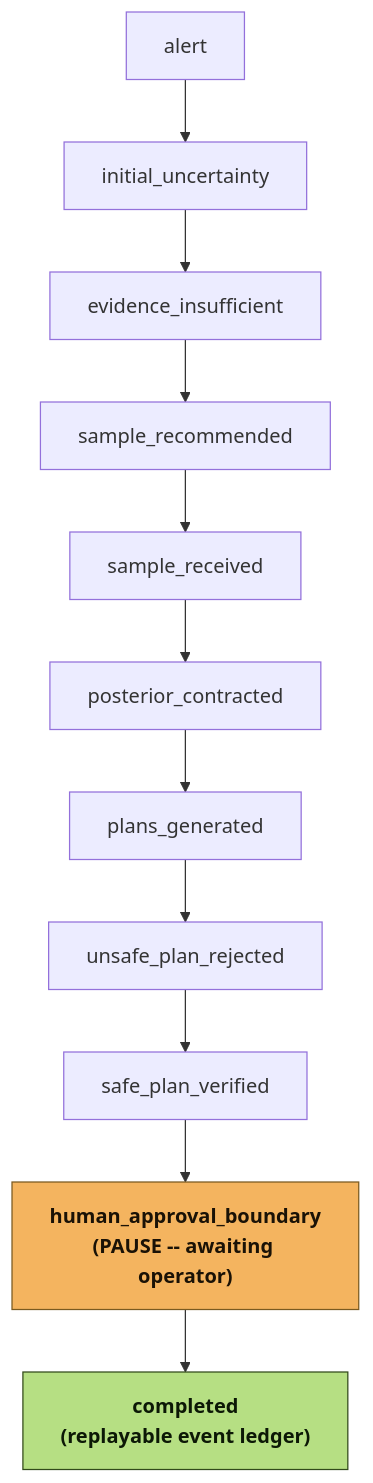
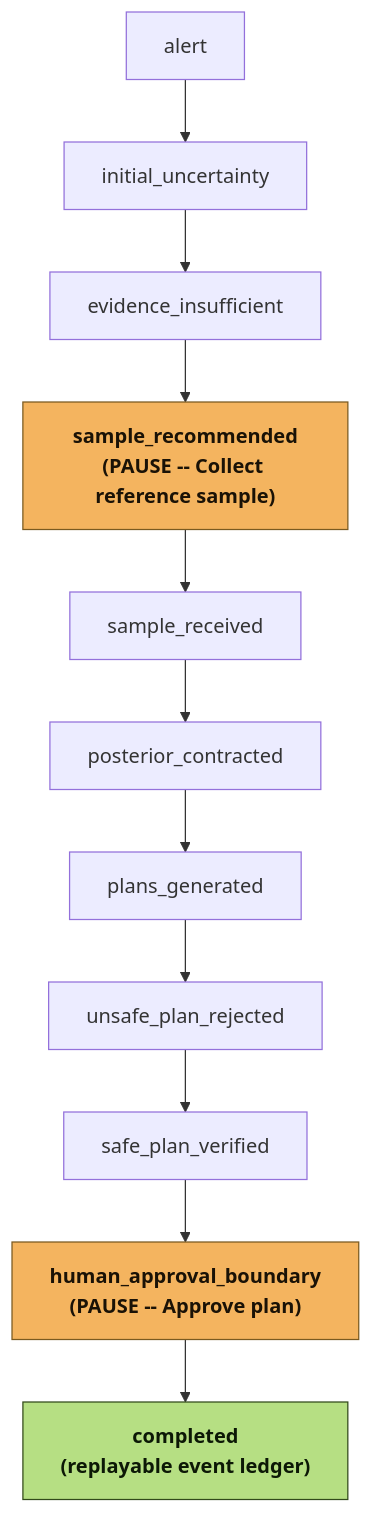
Before and after one commit to insightlabs38-pixel/HydroSwarm: the diagram in docs/diagrams/reference-incident-flow.mmd, drawn with Mermaid. The commit also changed 11 other files, not shown here.

```diff
--- a/docs/diagrams/reference-incident-flow.mmd
+++ b/docs/diagrams/reference-incident-flow.mmd
@@ -1,23 +1,23 @@
 %% Diagram E -- event/replay/demo lifecycle (submission.txt SS14.5)
 %% Mirrors the real milestone_id sequence in
 %% artifacts/reference-demo/reference-incident-v1.json (SUB-4 generator);
 %% do not let this diagram drift from that artifact's actual milestone ids.
 %% Alt text: the reference incident's 11 real milestones, from alert through
-%% posterior contraction, plan verification, a human-approval pause, to a
-%% completed, replayable record.
+%% a sample-collection pause, posterior contraction, plan verification, a
+%% human-approval pause, to a completed, replayable record.
 flowchart TD
   M0["alert"] --> M1["initial_uncertainty"]
   M1 --> M2["evidence_insufficient"]
-  M2 --> M3["sample_recommended"]
+  M2 --> M3["sample_recommended\n(PAUSE -- Collect reference sample)"]
   M3 --> M4["sample_received"]
   M4 --> M5["posterior_contracted"]
   M5 --> M6["plans_generated"]
   M6 --> M7["unsafe_plan_rejected"]
   M7 --> M8["safe_plan_verified"]
-  M8 --> M9["human_approval_boundary\n(PAUSE -- awaiting operator)"]
+  M8 --> M9["human_approval_boundary\n(PAUSE -- Approve plan)"]
   M9 --> M10["completed\n(replayable event ledger)"]
 
   classDef pause fill:#f4b45f,stroke:#7a5a20,color:#1a1206,font-weight:bold;
   classDef done fill:#b6df83,stroke:#324a1a,color:#0c1806,font-weight:bold;
-  class M9 pause;
+  class M3,M9 pause;
   class M10 done;
```
